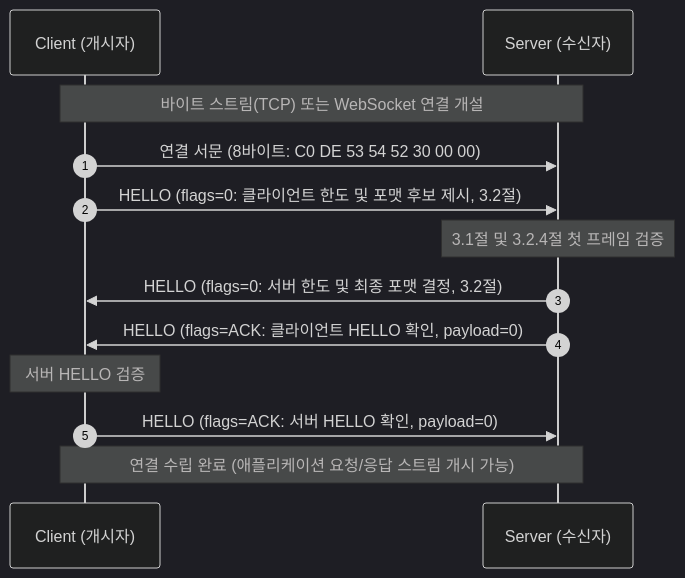
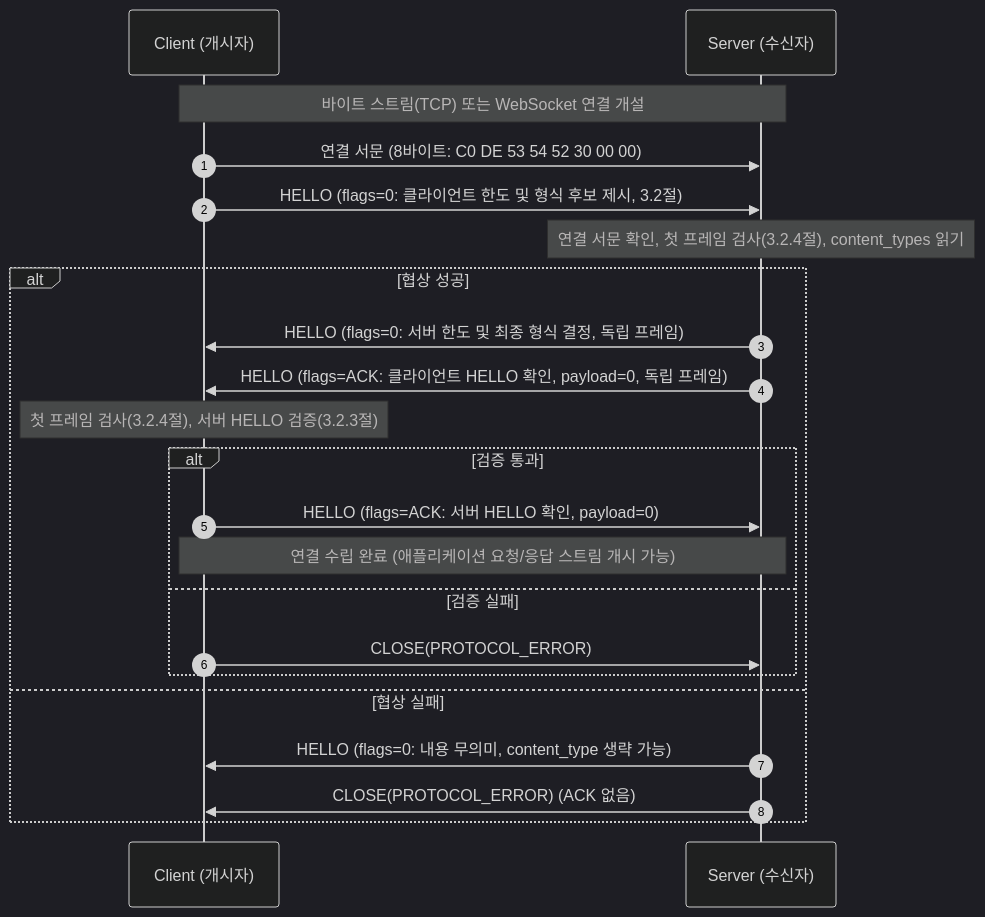
The first of 4 diagrams in docs/specification/STRAND_SPECIFICATION.md (ppzxc/strand), drawn with Mermaid (dark theme) before and after one commit. The commit also changed other lines of this file, not shown here.

Commit message:
docs: 규격 3.2~3.3절에 연결 수립 프레임 독립성과 첫 프레임 검사 반영 (#52)

````diff
--- a/docs/specification/STRAND_SPECIFICATION.md
+++ b/docs/specification/STRAND_SPECIFICATION.md
@@ -341,19 +376,27 @@
 ```mermaid
 sequenceDiagram
     autonumber
     participant C as Client (개시자)
     participant S as Server (수신자)
 
     Note over C,S: 바이트 스트림(TCP) 또는 WebSocket 연결 개설
     C->>S: 연결 서문 (8바이트: C0 DE 53 54 52 30 00 00)
-    C->>S: HELLO (flags=0: 클라이언트 한도 및 포맷 후보 제시, 3.2절)
-    
-    Note over S: 3.1절 및 3.2.4절 첫 프레임 검증
-    S->>C: HELLO (flags=0: 서버 한도 및 최종 포맷 결정, 3.2절)
-    S->>C: HELLO (flags=ACK: 클라이언트 HELLO 확인, payload=0)
-    
-    Note over C: 서버 HELLO 검증
-    C->>S: HELLO (flags=ACK: 서버 HELLO 확인, payload=0)
+    C->>S: HELLO (flags=0: 클라이언트 한도 및 형식 후보 제시, 3.2절)
 
-    Note over C,S: 연결 수립 완료 (애플리케이션 요청/응답 스트림 개시 가능)
+    Note over S: 연결 서문 확인, 첫 프레임 검사(3.2.4절), content_types 읽기
+    alt 협상 성공
+        S->>C: HELLO (flags=0: 서버 한도 및 최종 형식 결정, 독립 프레임)
+        S->>C: HELLO (flags=ACK: 클라이언트 HELLO 확인, payload=0, 독립 프레임)
+
+        Note over C: 첫 프레임 검사(3.2.4절), 서버 HELLO 검증(3.2.3절)
+        alt 검증 통과
+            C->>S: HELLO (flags=ACK: 서버 HELLO 확인, payload=0)
+            Note over C,S: 연결 수립 완료 (애플리케이션 요청/응답 스트림 개시 가능)
+        else 검증 실패
+            C->>S: CLOSE(PROTOCOL_ERROR)
+        end
+    else 협상 실패
+        S->>C: HELLO (flags=0: 내용 무의미, content_type 생략 가능)
+        S->>C: CLOSE(PROTOCOL_ERROR) (ACK 없음)
+    end
 ```
````
